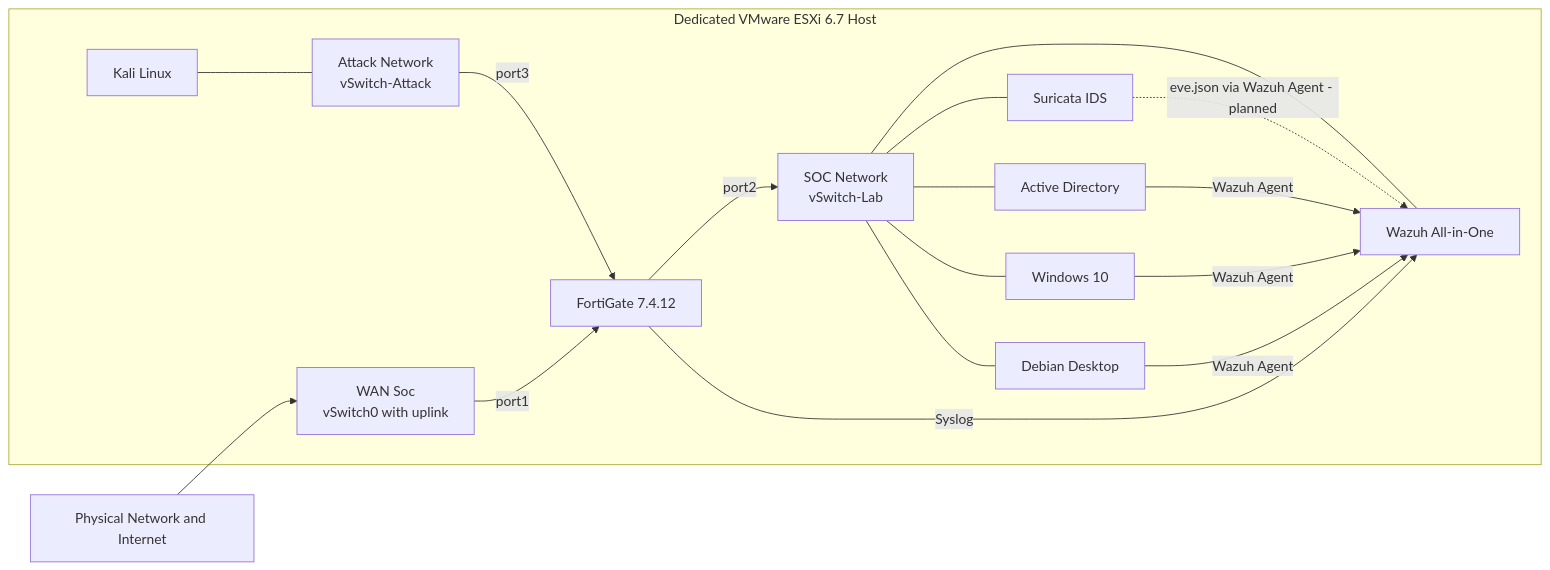
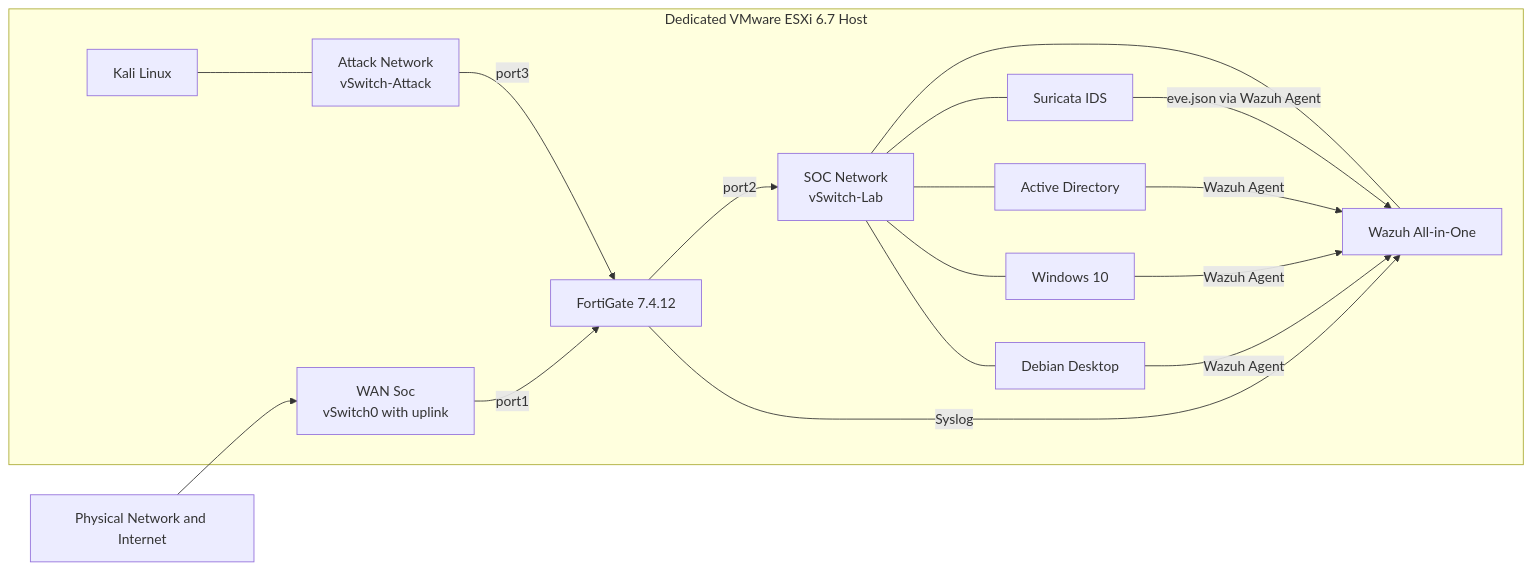
One commit to guilhermeescame/soc-homelab-wazuh changed the diagram in README.md. Above: the diagram before and after it, drawn with Mermaid. The commit also changed other lines of this file and 6 other files, not shown here.

````diff
--- a/README.md
+++ b/README.md
@@ -43,35 +43,35 @@
 ```mermaid
 flowchart LR
     PHYSICAL["Physical Network and Internet"]
 
     subgraph ESXI["Dedicated VMware ESXi 6.7 Host"]
         WAN["WAN Soc<br/>vSwitch0 with uplink"]
         FG["FortiGate 7.4.12"]
         SOCNET["SOC Network<br/>vSwitch-Lab"]
         ATTACKNET["Attack Network<br/>vSwitch-Attack"]
 
         KALI["Kali Linux"]
         WAZUH["Wazuh All-in-One"]
         SURICATA["Suricata IDS"]
         AD["Active Directory"]
         WIN10["Windows 10"]
         DEBIAN["Debian Desktop"]
 
         WAN -->|"port1"| FG
         KALI --- ATTACKNET
         ATTACKNET -->|"port3"| FG
         FG -->|"port2"| SOCNET
         SOCNET --- WAZUH
         SOCNET --- SURICATA
         SOCNET --- AD
         SOCNET --- WIN10
         SOCNET --- DEBIAN
     end
 
     PHYSICAL --> WAN
     FG -->|"Syslog"| WAZUH
     AD -->|"Wazuh Agent"| WAZUH
     WIN10 -->|"Wazuh Agent"| WAZUH
     DEBIAN -->|"Wazuh Agent"| WAZUH
-    SURICATA -.->|"eve.json via Wazuh Agent - planned"| WAZUH
+    SURICATA -->|"eve.json via Wazuh Agent"| WAZUH
 ```
````
